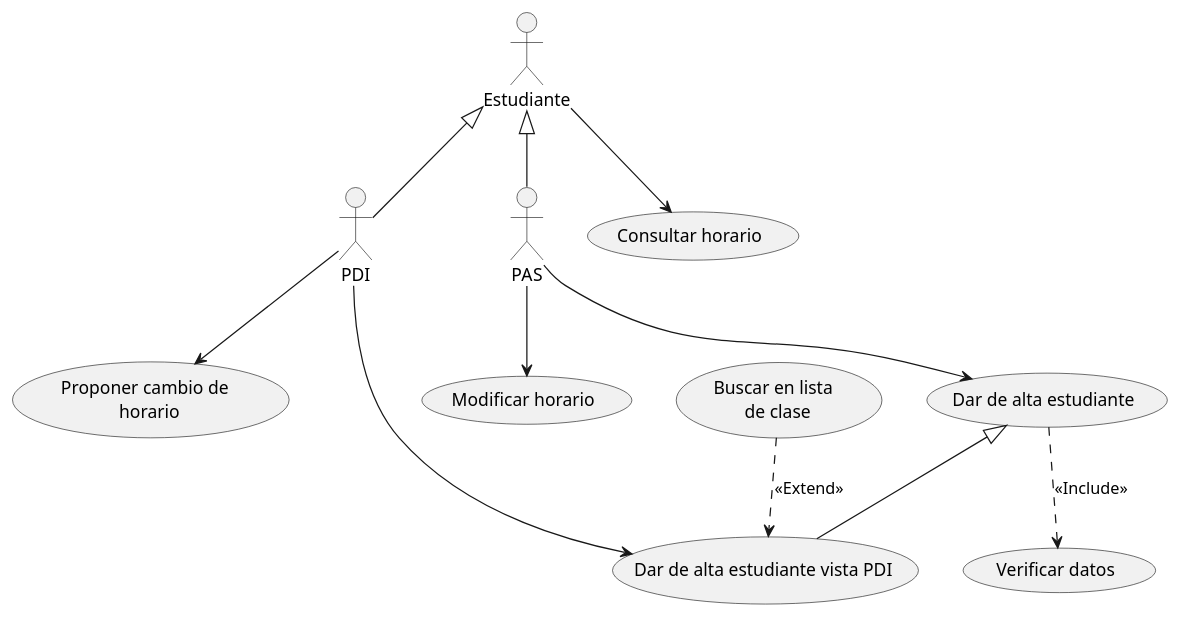
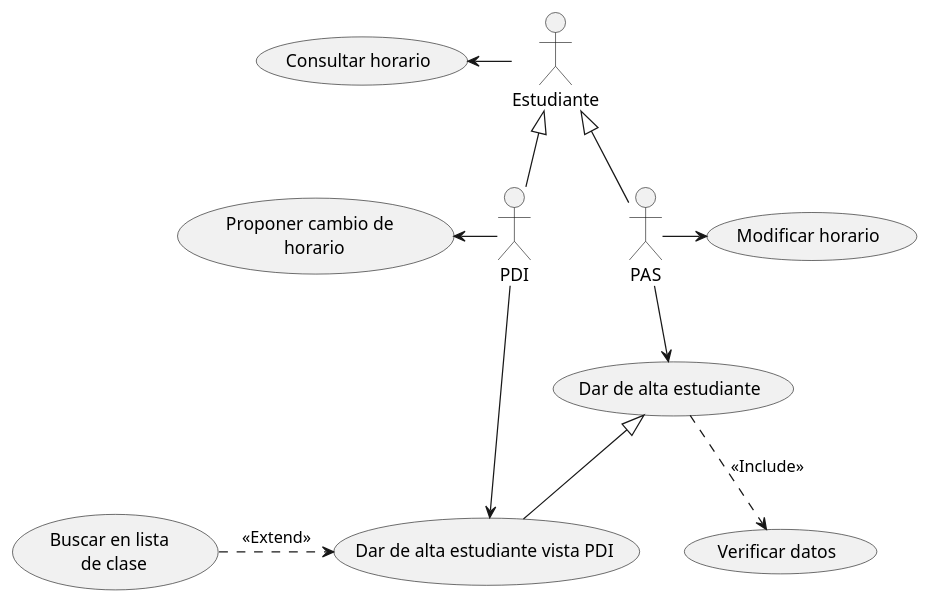
The diagram in LAB0/src/horarios.puml (emg842/INRE-UAL-ROJO-2022), drawn with PlantUML before and after one commit.

Commit message:
diagrama horarios

```diff
--- a/LAB0/src/horarios.puml
+++ b/LAB0/src/horarios.puml
@@ -1,29 +1,29 @@
 @startuml horarios 
 
 :Estudiante: as A1
 :PDI: as A2
 :PAS: as A3
 
 (Consultar horario) as UC1
 (Modificar horario) as UC2
 (Proponer cambio de \n horario) as UC3
 (Dar de alta estudiante) as UC4
 (Verificar datos) as UC5
 (Dar de alta estudiante vista PDI) as UC6
 (Buscar en lista \n de clase) as UC7
 
-A1 --> UC1
-A2 --> UC3
-A2 --> UC6
-A3 --> UC4
-A3 --> UC2
+A1 -left-> UC1
+A2 -left-> UC3
+A2 -down-> UC6
+A3 -down-> UC4
+A3 -right-> UC2
 
 A1 <|-- A2
 A1 <|-- A3
 UC4 <|-- UC6
 
 UC4 ..> UC5 : <<Include>>
 
-UC7 ..> UC6 : <<Extend>>
+UC7 .right.> UC6 : <<Extend>>
 
 @enduml
```
